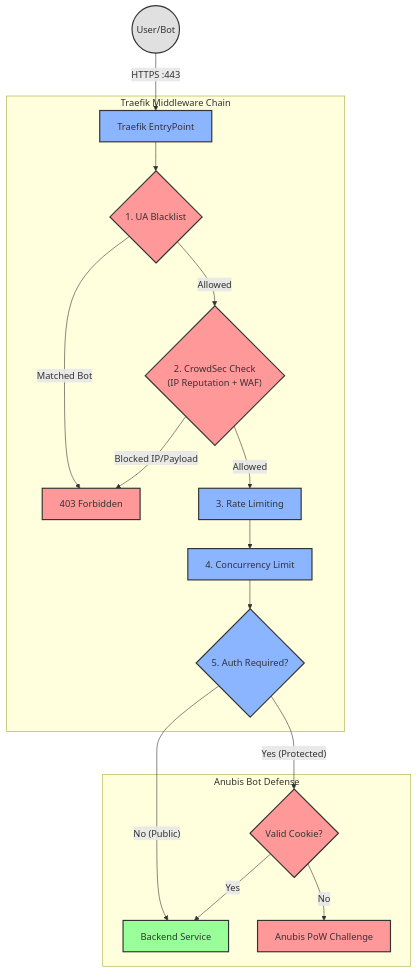
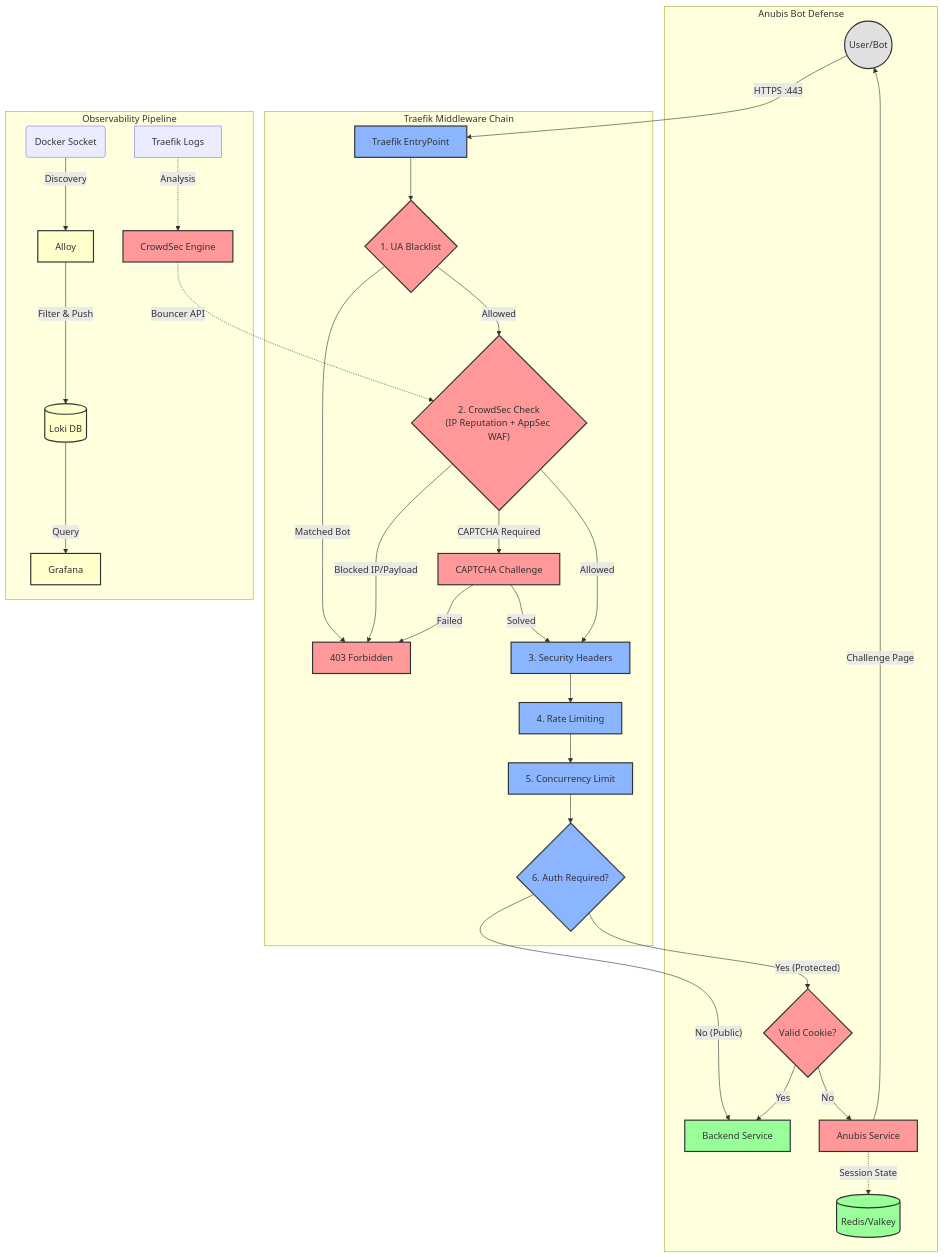
One commit to pinano/traefik-pro-stack changed the diagram in README.md. Above: the diagram before and after it, drawn with Mermaid. The commit also changed other lines of this file, not shown here.

Commit message:
docs: rewrite README to provide comprehensive deployment guides, architectural diagrams, and service documentation

````diff
--- a/README.md
+++ b/README.md
@@ -65,26 +131,42 @@
 ```mermaid
 graph TD
     classDef user fill:#e0e0e0,stroke:#333,stroke-width:2px;
     classDef traefik fill:#8cb5ff,stroke:#333,stroke-width:2px;
     classDef security fill:#ff9999,stroke:#333,stroke-width:2px;
     classDef app fill:#99ff99,stroke:#333,stroke-width:2px;
+    classDef observ fill:#ffffcc,stroke:#333,stroke-width:2px;
 
     User((User/Bot)):::user -->|HTTPS :443| T_Entry[Traefik EntryPoint]:::traefik
 
     subgraph "Traefik Middleware Chain"
         T_Entry --> MW_UA{1. UA Blacklist}:::security
         MW_UA -- Matched Bot --> Block[403 Forbidden]:::security
-        MW_UA -- Allowed --> MW_CS{"2. CrowdSec Check\n(IP Reputation + WAF)"}:::security
+        MW_UA -- Allowed --> MW_CS{"2. CrowdSec Check\n(IP Reputation + AppSec WAF)"}:::security
         MW_CS -- Blocked IP/Payload --> Block
-        MW_CS -- Allowed --> MW_RL["3. Rate Limiting"]:::traefik
-        MW_RL --> MW_CC["4. Concurrency Limit"]:::traefik
-        MW_CC --> MW_Auth{5. Auth Required?}:::traefik
+        MW_CS -- CAPTCHA Required --> Captcha_Svc[CAPTCHA Challenge]:::security
+        Captcha_Svc -- Solved --> MW_Sec["3. Security Headers"]:::traefik
+        Captcha_Svc -- Failed --> Block
+        MW_CS -- Allowed --> MW_Sec
+        MW_Sec --> MW_RL["4. Rate Limiting"]:::traefik
+        MW_RL --> MW_CC["5. Concurrency Limit"]:::traefik
+        MW_CC --> MW_Auth{6. Auth Required?}:::traefik
     end
 
     subgraph "Anubis Bot Defense"
         MW_Auth -- No (Public) --> Backend
         MW_Auth -- Yes (Protected) --> Check_Auth{"Valid Cookie?"}:::security
         Check_Auth -- Yes --> Backend[Backend Service]:::app
-        Check_Auth -- No --> Anubis_Svc[Anubis PoW Challenge]:::security
+        Check_Auth -- No --> Anubis_Svc[Anubis Service]:::security
+        Anubis_Svc -->|Challenge Page| User
+        Anubis_Svc -.->|Session State| Redis[(Redis/Valkey)]:::app
+    end
+
+    subgraph "Observability Pipeline"
+        Docker_Sock(Docker Socket) -->|Discovery| Alloy:::observ
+        Alloy -->|Filter & Push| Loki[(Loki DB)]:::observ
+        Loki -->|Query| Grafana[Grafana]:::observ
+
+        Traefik_Logs[Traefik Logs] -.->|Analysis| CrowdSec[CrowdSec Engine]:::security
+        CrowdSec -.->|Bouncer API| MW_CS
     end
 ```
````
